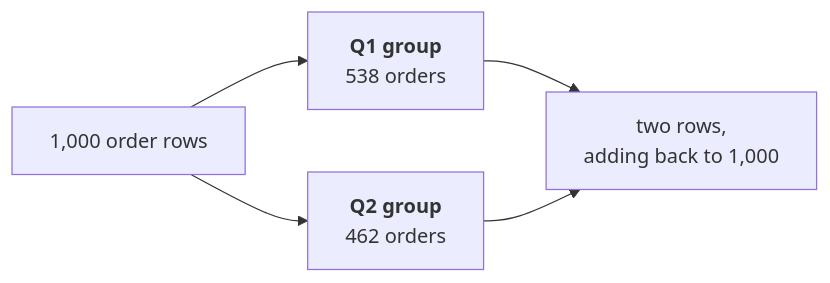
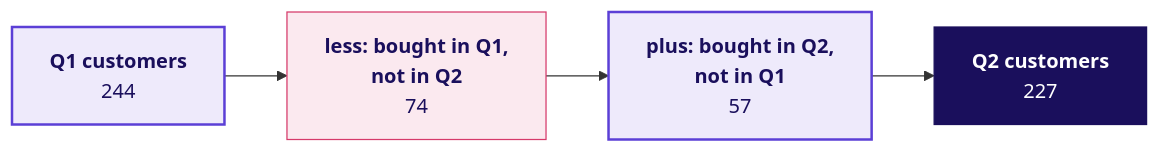
Before and after one commit to fde-academy-lab/c2-content-factory: diagram 11 of 22 in content/W02/D1/slides/C2_W02_D01_half1_STUDENT.md, drawn with Mermaid. The commit also changed other lines of this file and 3 other files, not shown here.

````diff
--- a/content/W02/D1/slides/C2_W02_D01_half1_STUDENT.md
+++ b/content/W02/D1/slides/C2_W02_D01_half1_STUDENT.md
@@ -552,7 +725,13 @@
 ```mermaid
 flowchart LR
-    T["1,000 order rows"] --> G1["<b>Q1 group</b><br/>538 orders"]
-    T --> G2["<b>Q2 group</b><br/>462 orders"]
-    G1 --> S["two rows,<br/>adding back to 1,000"]
-    G2 --> S
+    A["<b>Q1 customers</b><br/>244"] --> B["<b>less: bought in Q1,<br/>not in Q2</b><br/>74"]
+    B --> C["<b>plus: bought in Q2,<br/>not in Q1</b><br/>57"]
+    C --> D["<b>Q2 customers</b><br/>227"]
+    classDef known fill:#EEEAFB,stroke:#5B3FD6,color:#1A0F5C,stroke-width:2px
+    classDef bad fill:#FBE9EF,stroke:#D63A6A,color:#1A0F5C
+    classDef bet fill:#1A0F5C,stroke:#1A0F5C,color:#FFFFFF
+    class A known
+    class B bad
+    class C known
+    class D bet
 ```
````
